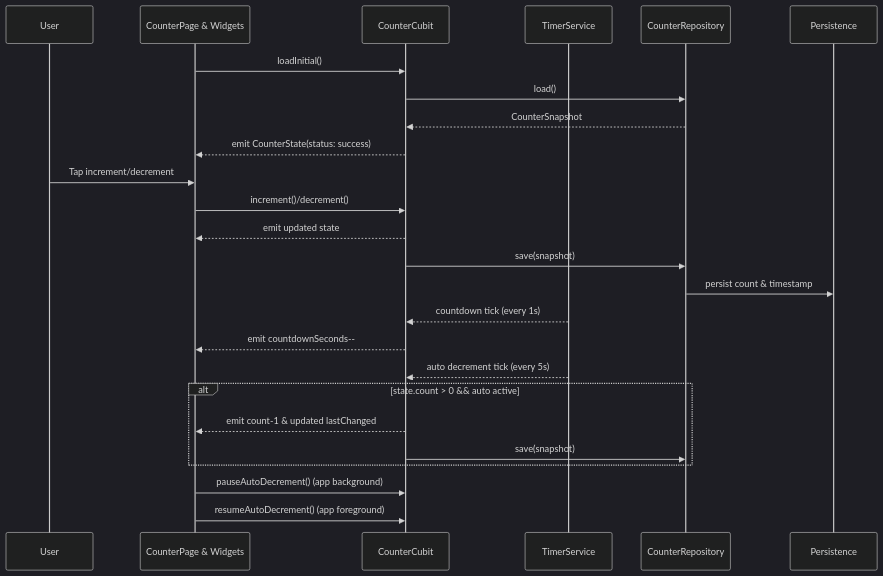
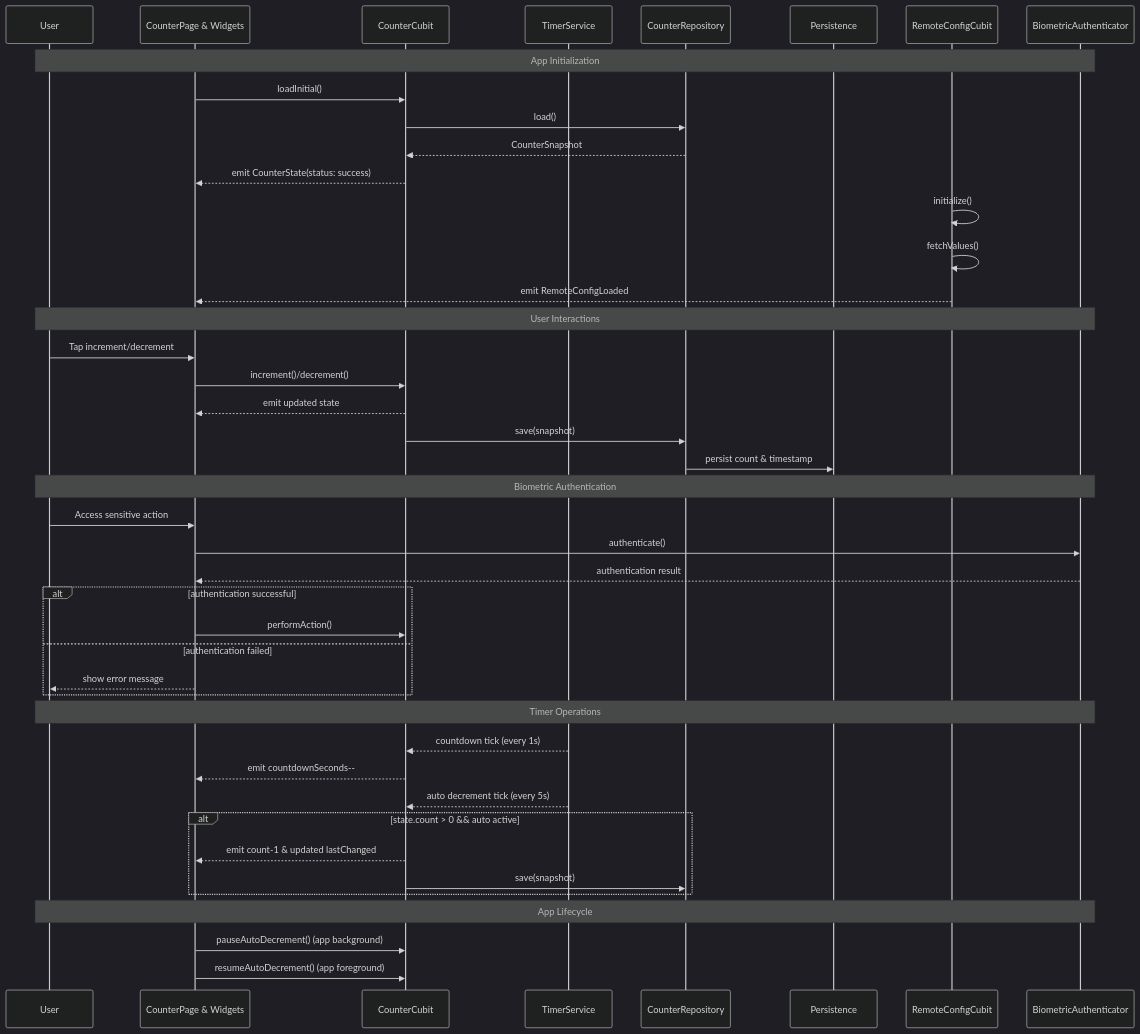
The second of 3 diagrams in README.md (redjadet/flutter_bloc_app), drawn with Mermaid (dark theme) before and after one commit. The commit also changed other lines of this file, not shown here.

````diff
--- a/README.md
+++ b/README.md
@@ -173,32 +251,52 @@
 ```mermaid
 sequenceDiagram
   participant User
   participant View as CounterPage & Widgets
   participant Cubit as CounterCubit
   participant Timer as TimerService
   participant Repo as CounterRepository
   participant Store as Persistence
+  participant RemoteConfig as RemoteConfigCubit
+  participant Biometric as BiometricAuthenticator
 
+  Note over User, Biometric: App Initialization
   View->>Cubit: loadInitial()
   Cubit->>Repo: load()
   Repo-->>Cubit: CounterSnapshot
   Cubit-->>View: emit CounterState(status: success)
 
+  RemoteConfig->>RemoteConfig: initialize()
+  RemoteConfig->>RemoteConfig: fetchValues()
+  RemoteConfig-->>View: emit RemoteConfigLoaded
+
+  Note over User, Biometric: User Interactions
   User->>View: Tap increment/decrement
   View->>Cubit: increment()/decrement()
   Cubit-->>View: emit updated state
   Cubit->>Repo: save(snapshot)
   Repo->>Store: persist count & timestamp
 
+  Note over User, Biometric: Biometric Authentication
+  User->>View: Access sensitive action
+  View->>Biometric: authenticate()
+  Biometric-->>View: authentication result
+  alt authentication successful
+    View->>Cubit: performAction()
+  else authentication failed
+    View-->>User: show error message
+  end
+
+  Note over User, Biometric: Timer Operations
   Timer-->>Cubit: countdown tick (every 1s)
   Cubit-->>View: emit countdownSeconds--
 
   Timer-->>Cubit: auto decrement tick (every 5s)
   alt state.count > 0 && auto active
     Cubit-->>View: emit count-1 & updated lastChanged
     Cubit->>Repo: save(snapshot)
   end
 
+  Note over User, Biometric: App Lifecycle
   View->>Cubit: pauseAutoDecrement() (app background)
   View->>Cubit: resumeAutoDecrement() (app foreground)
 ```
````
